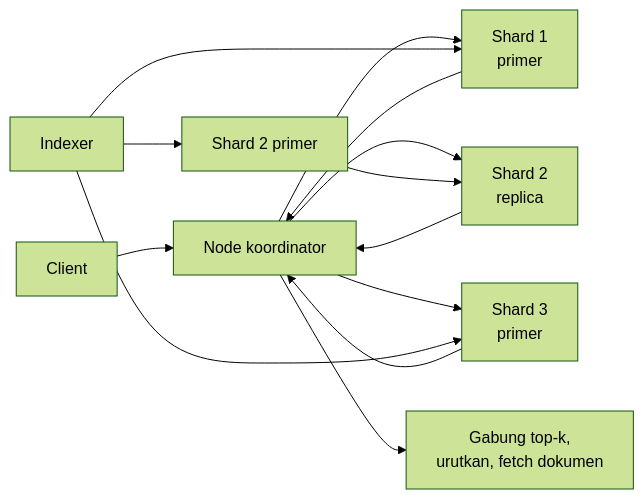
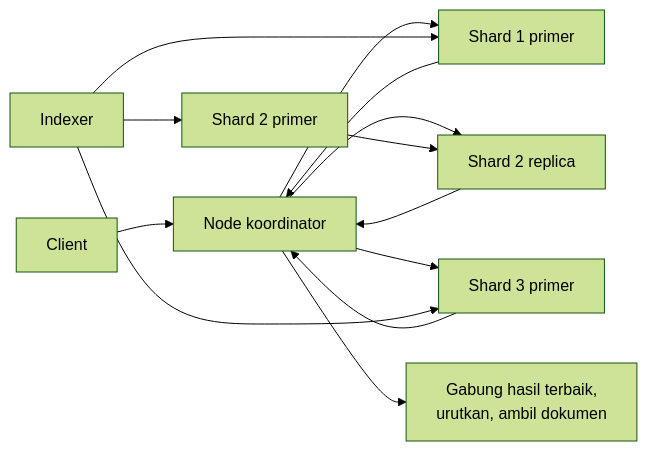
Before and after one commit to andreanpradanaa/sysdesign-lab: the second of 3 diagrams in src/content/lessons/bagian-2/distributed-search.mdx, drawn with Mermaid (forest theme). The commit also changed other lines of this file and 18 other files, not shown here.

````diff
--- a/src/content/lessons/bagian-2/distributed-search.mdx
+++ b/src/content/lessons/bagian-2/distributed-search.mdx
@@ -111,14 +120,14 @@
 ```mermaid
 flowchart LR
   C[Client] --> K[Node koordinator]
-  K --> S1[Shard 1\nprimer]
-  K --> S2r[Shard 2\nreplica]
-  K --> S3[Shard 3\nprimer]
+  K --> S1[Shard 1 primer]
+  K --> S2r[Shard 2 replica]
+  K --> S3[Shard 3 primer]
   S1 --> K
   S2r --> K
   S3 --> K
-  K --> R[Gabung top-k,\nurutkan, fetch dokumen]
+  K --> R["Gabung hasil terbaik,\nurutkan, ambil dokumen"]
   I[Indexer] --> S1
   I --> S2[Shard 2 primer] --> S2r
   I --> S3
 ```
````
